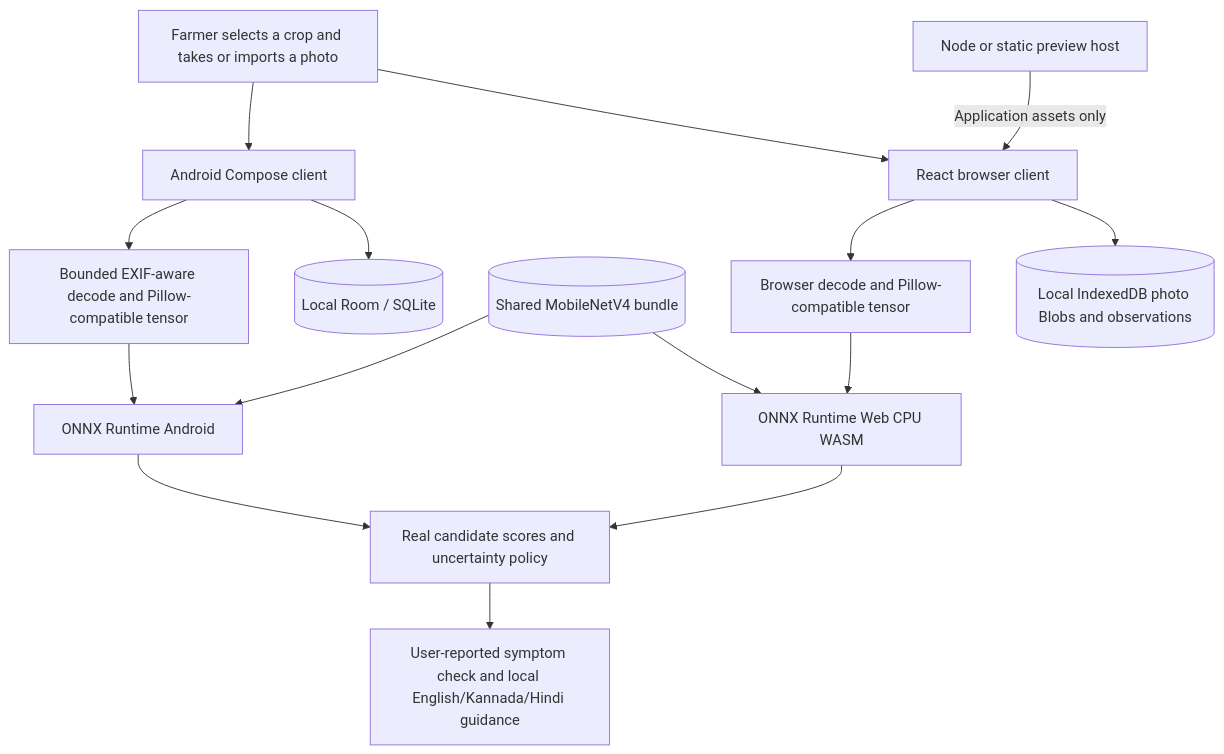
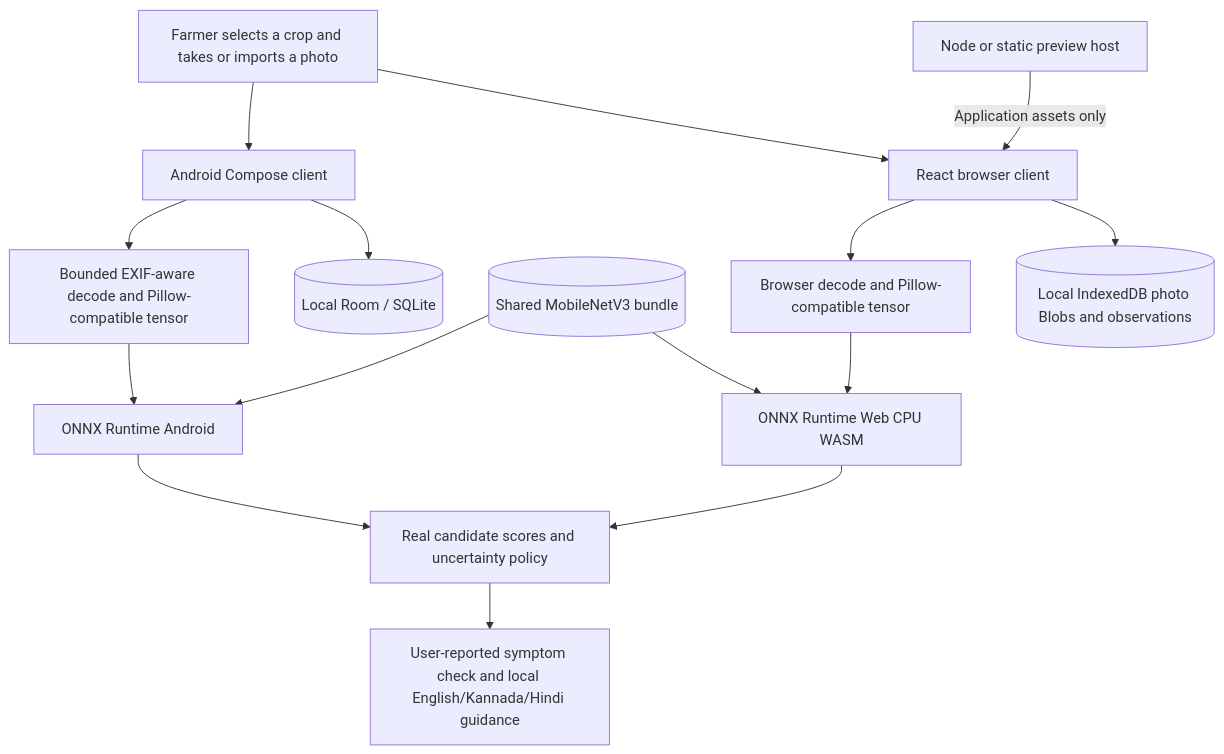
Before and after one commit to salecha-codes/Build_Beyond: the diagram in docs/REPOSITORY_STRUCTURE.md, drawn with Mermaid. The commit also changed other lines of this file and 21 other files, not shown here.

````diff
--- a/docs/REPOSITORY_STRUCTURE.md
+++ b/docs/REPOSITORY_STRUCTURE.md
@@ -31,18 +31,18 @@
 ```mermaid
 flowchart TD
     Photo[Farmer selects a crop and takes or imports a photo]
     Photo --> Native[Android Compose client]
     Photo --> Web[React browser client]
     Native --> NPrep[Bounded EXIF-aware decode and Pillow-compatible tensor]
     Web --> WPrep[Browser decode and Pillow-compatible tensor]
-    Bundle[(Shared MobileNetV4 bundle)] --> ORTA[ONNX Runtime Android]
+    Bundle[(Shared MobileNetV3 bundle)] --> ORTA[ONNX Runtime Android]
     Bundle --> ORTW[ONNX Runtime Web CPU WASM]
     NPrep --> ORTA
     WPrep --> ORTW
     ORTA --> Gate[Real candidate scores and uncertainty policy]
     ORTW --> Gate
     Gate --> Guide[User-reported symptom check and local English/Kannada/Hindi guidance]
     Native --> Room[(Local Room / SQLite)]
     Web --> IDB[(Local IndexedDB photo Blobs and observations)]
     Host[Node or static preview host] -->|Application assets only| Web
 ```
````
